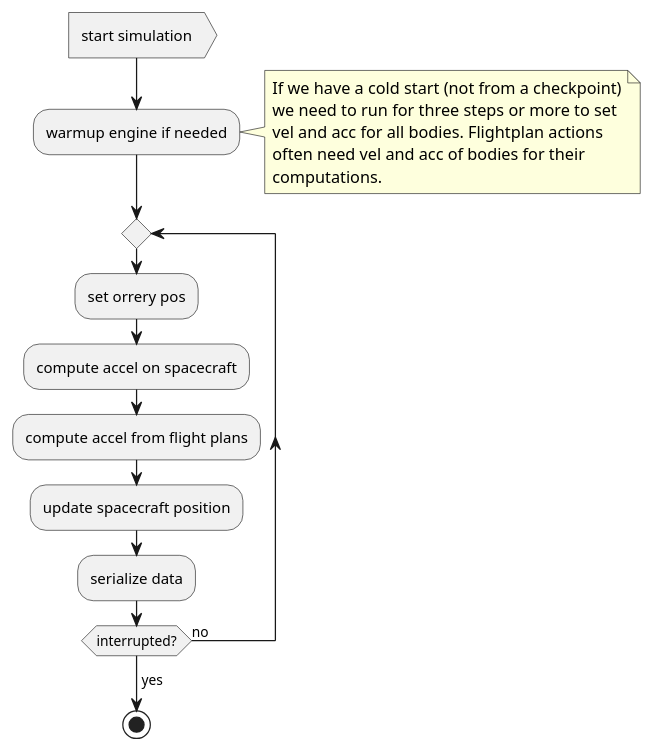
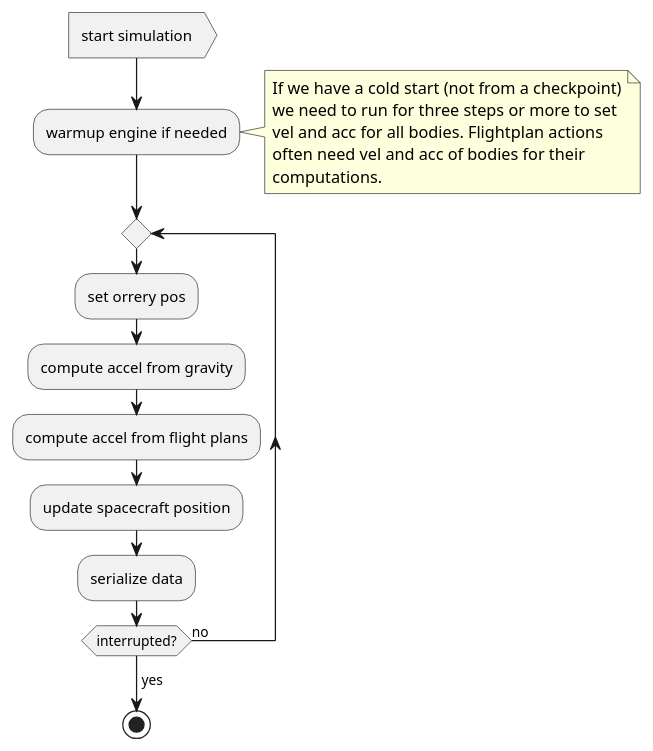
The second of 3 diagrams in docs/uml/flowcharts.puml (kghose/groho), drawn with PlantUML before and after one commit. The commit also changed other lines of this file and 2 other files, not shown here.

```diff
--- a/docs/uml/flowcharts.puml
+++ b/docs/uml/flowcharts.puml
@@ -25,25 +25,25 @@
 @startuml simulatorloop
 
 :start simulation>
 :warmup engine if needed;
 note right
   If we have a cold start (not from a checkpoint)
   we need to run for three steps or more to set
   vel and acc for all bodies. Flightplan actions 
   often need vel and acc of bodies for their
   computations. 
 end note
 
 repeat 
 
 :set orrery pos;
-:compute accel on spacecraft;
+:compute accel from gravity;
 :compute accel from flight plans;
 :update spacecraft position;
 :serialize data;
 
 repeat while (interrupted?) is (no)
 ->yes;
 stop
 
 @enduml
```
